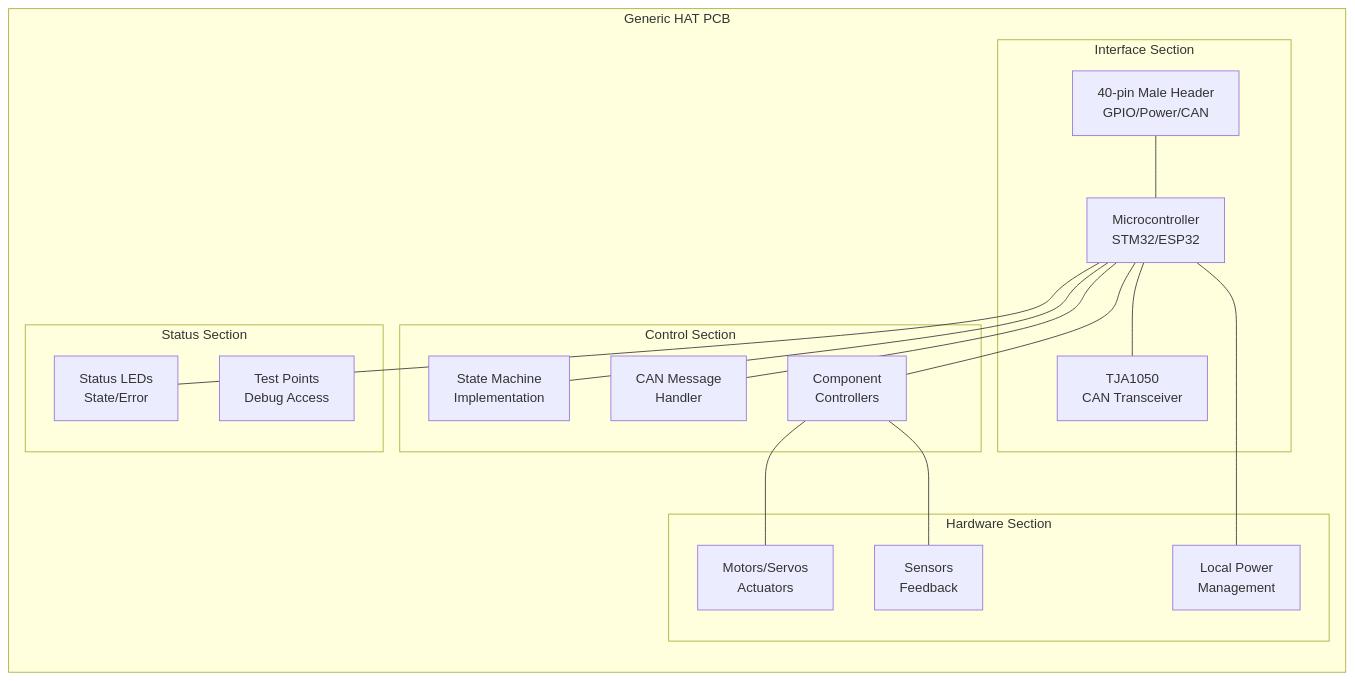
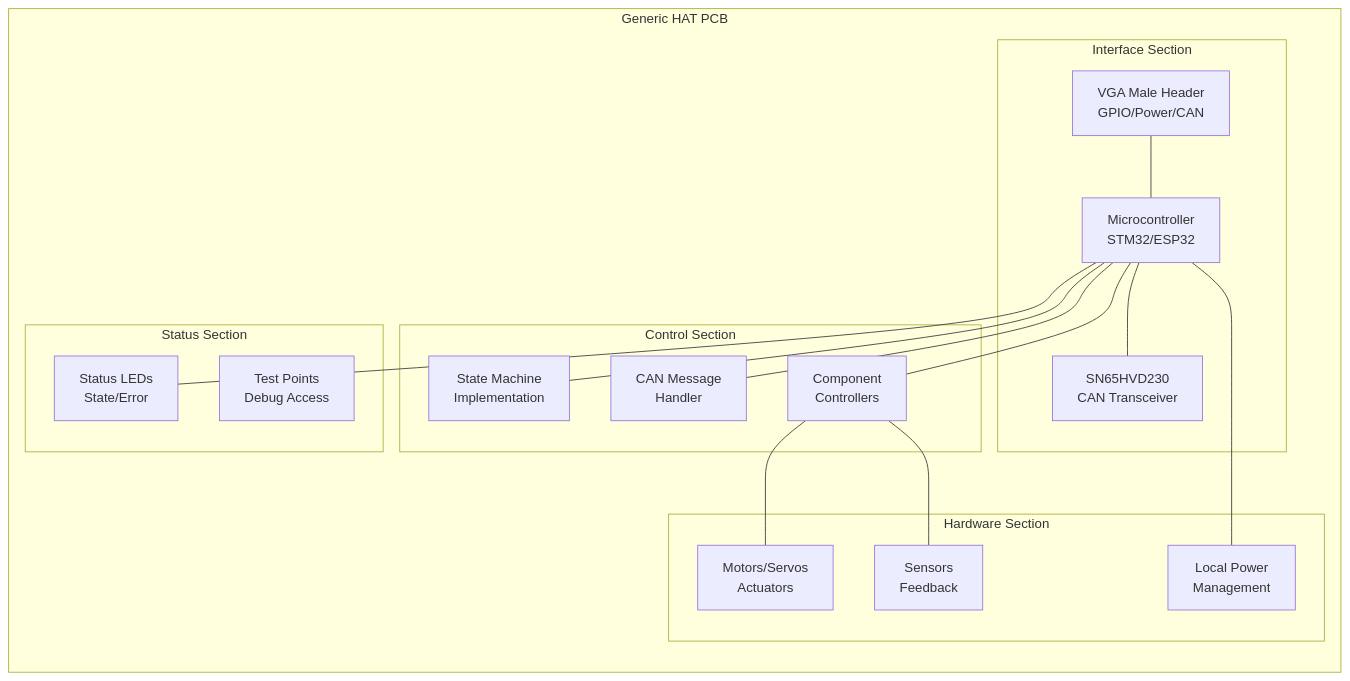
Before and after one commit to AryanRai/SIRI-Elec: the second of 8 diagrams in architecture.md, drawn with Mermaid. The commit also changed other lines of this file and 7 other files, not shown here.

````diff
--- a/architecture.md
+++ b/architecture.md
@@ -76,37 +76,37 @@
 ```mermaid
 graph LR
     subgraph "Generic HAT PCB"
         subgraph "Interface Section"
-            Connector[40-pin Male Header<br/>GPIO/Power/CAN]
+            Connector[VGA Male Header<br/>GPIO/Power/CAN]
             MCU[Microcontroller<br/>STM32/ESP32]
-            CAN_Trans[TJA1050<br/>CAN Transceiver]
+            CAN_Trans[SN65HVD230<br/>CAN Transceiver]
         end
         
         subgraph "Control Section"
             StateMachine[State Machine<br/>Implementation]
             MessageHandler[CAN Message<br/>Handler]
             ComponentCtrl[Component<br/>Controllers]
         end
         
         subgraph "Hardware Section"
             Actuators[Motors/Servos<br/>Actuators]
             Sensors[Sensors<br/>Feedback]
             PowerMgmt[Local Power<br/>Management]
         end
         
         subgraph "Status Section"
             StatusLEDs[Status LEDs<br/>State/Error]
             TestPoints[Test Points<br/>Debug Access]
         end
     end
     
     Connector --- MCU
     MCU --- CAN_Trans
     MCU --- StateMachine
     MCU --- MessageHandler
     MCU --- ComponentCtrl
     ComponentCtrl --- Actuators
     ComponentCtrl --- Sensors
     MCU --- PowerMgmt
     MCU --- StatusLEDs
 ```
````
